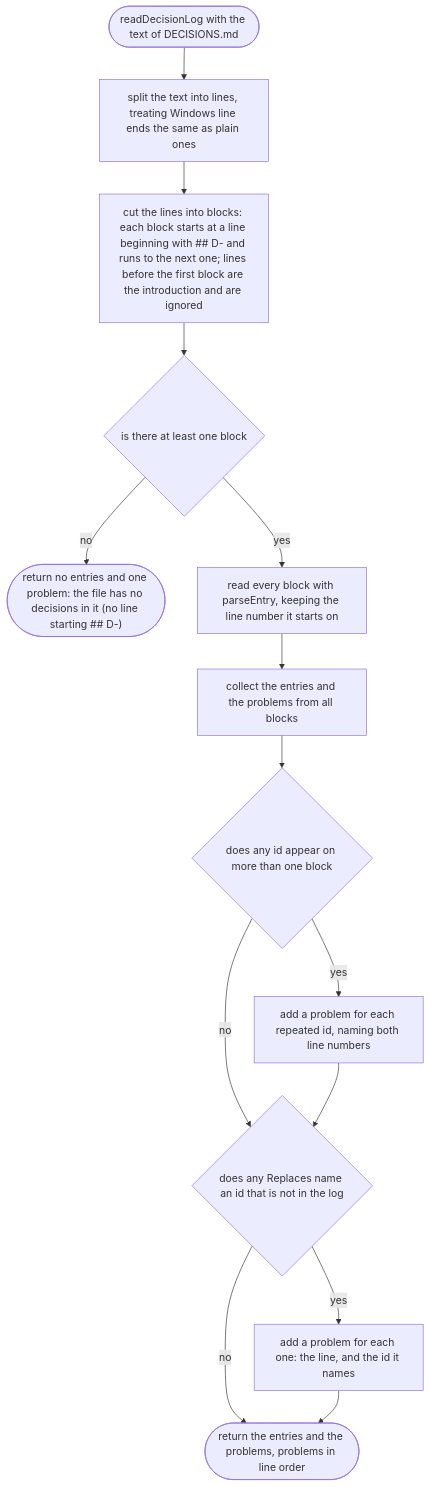
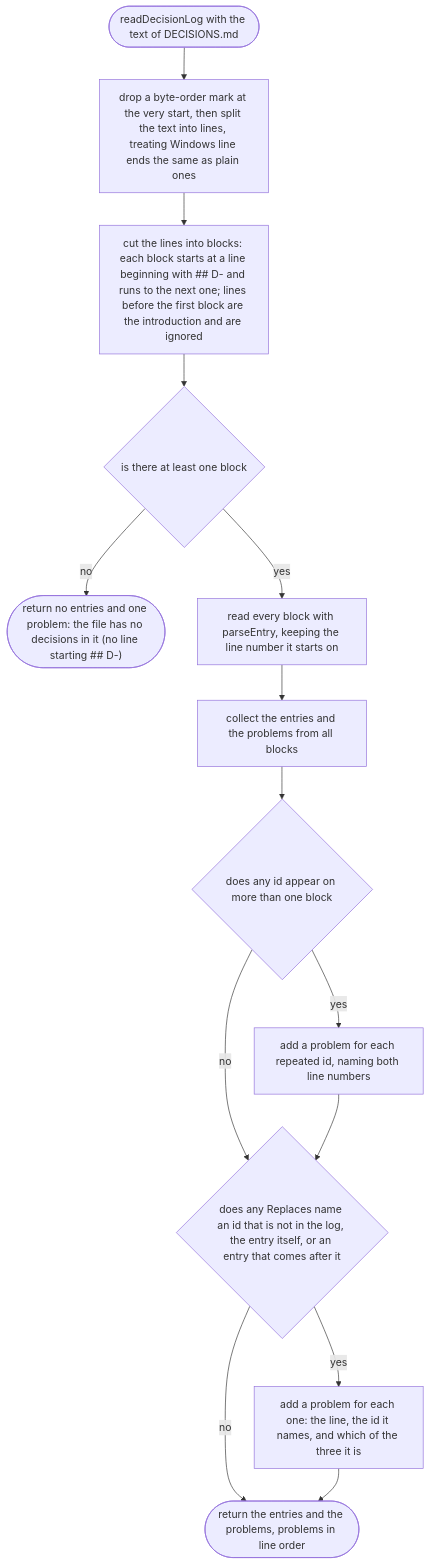
The first of 3 diagrams in docs/designs/tools/decisions/log.md (NewDara-Star/world-engine), drawn with Mermaid before and after one commit. The commit also changed other lines of this file and 4 other files, not shown here.

````diff
--- a/docs/designs/tools/decisions/log.md
+++ b/docs/designs/tools/decisions/log.md
@@ -17,28 +17,28 @@
 ```mermaid
 flowchart TD
   s(["readDecisionLog with the text of DECISIONS.md"])
-  a["split the text into lines, treating Windows line ends the same as plain ones"]
+  a["drop a byte-order mark at the very start, then split the text into lines, treating Windows line ends the same as plain ones"]
   b["cut the lines into blocks: each block starts at a line beginning with ## D- and runs to the next one; lines before the first block are the introduction and are ignored"]
   c{"is there at least one block"}
   d(["return no entries and one problem: the file has no decisions in it (no line starting ## D-)"])
   e["read every block with parseEntry, keeping the line number it starts on"]
   f["collect the entries and the problems from all blocks"]
   g{"does any id appear on more than one block"}
   h["add a problem for each repeated id, naming both line numbers"]
-  i{"does any Replaces name an id that is not in the log"}
-  j["add a problem for each one: the line, and the id it names"]
+  i{"does any Replaces name an id that is not in the log, the entry itself, or an entry that comes after it"}
+  j["add a problem for each one: the line, the id it names, and which of the three it is"]
   k(["return the entries and the problems, problems in line order"])
   s --> a
   a --> b
   b --> c
   c -->|"no"| d
   c -->|"yes"| e
   e --> f
   f --> g
   g -->|"yes"| h
   g -->|"no"| i
   h --> i
   i -->|"yes"| j
   i -->|"no"| k
   j --> k
 ```
````
